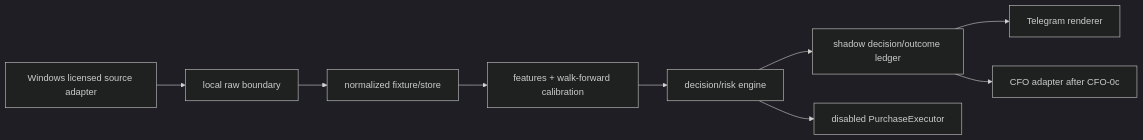
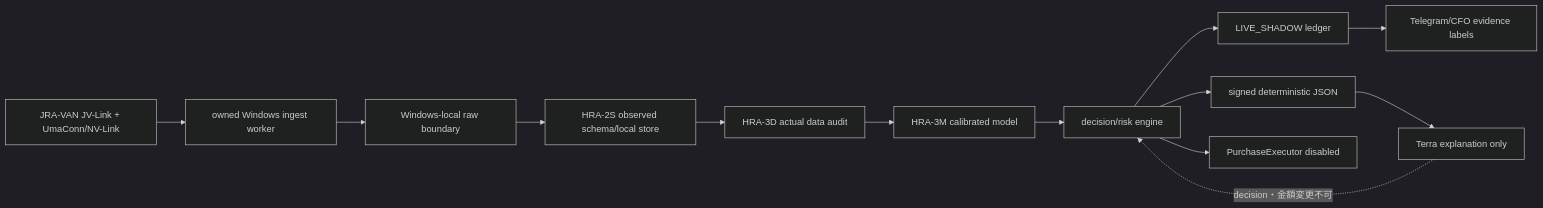
One commit to Daisuke134/anicca changed the second of 2 diagrams in docs/superpowers/plans/2026-08-09-life-manager-horse-racing-agent.md. Above: the diagram before and after it, drawn with Mermaid (dark theme). The commit also changed other lines of this file and 1 other file, not shown here.

Commit message:
docs(horse-racing): require real-data reality gate

````diff
--- a/docs/superpowers/plans/2026-08-09-life-manager-horse-racing-agent.md
+++ b/docs/superpowers/plans/2026-08-09-life-manager-horse-racing-agent.md
@@ -15,11 +62,15 @@
 ```mermaid
 flowchart LR
-  A[Windows licensed source adapter] --> B[local raw boundary]
-  B --> C[normalized fixture/store]
-  C --> D[features + walk-forward calibration]
-  D --> E[decision/risk engine]
-  E --> F[shadow decision/outcome ledger]
-  F --> G[Telegram renderer]
-  F --> H[CFO adapter after CFO-0c]
-  E --> I[disabled PurchaseExecutor]
+  A[JRA-VAN JV-Link + UmaConn/NV-Link] --> B[owned Windows ingest worker]
+  B --> C[Windows-local raw boundary]
+  C --> D[HRA-2S observed schema/local store]
+  D --> E[HRA-3D actual data audit]
+  E --> F[HRA-3M calibrated model]
+  F --> G[decision/risk engine]
+  G --> H[LIVE_SHADOW ledger]
+  H --> I[Telegram/CFO evidence labels]
+  G --> J[signed deterministic JSON]
+  J --> K[Terra explanation only]
+  K -. decision・金額変更不可 .-> G
+  G --> L[PurchaseExecutor disabled]
 ```
````
